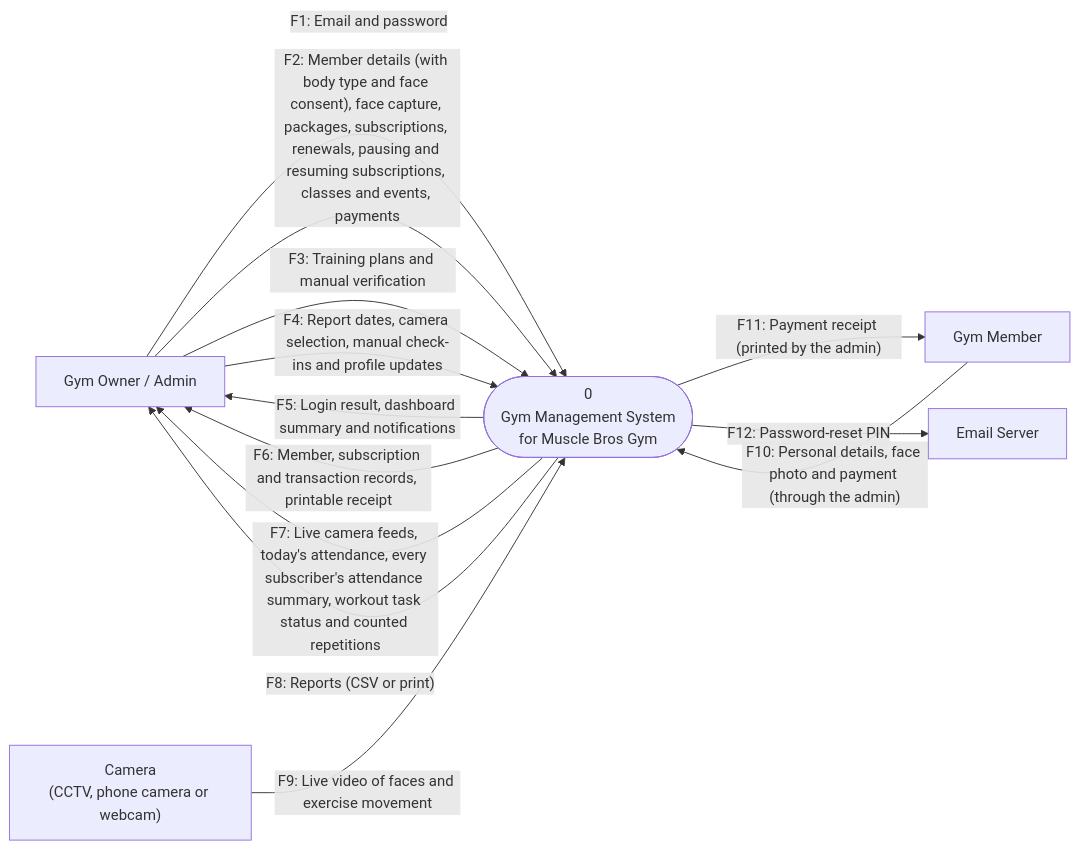
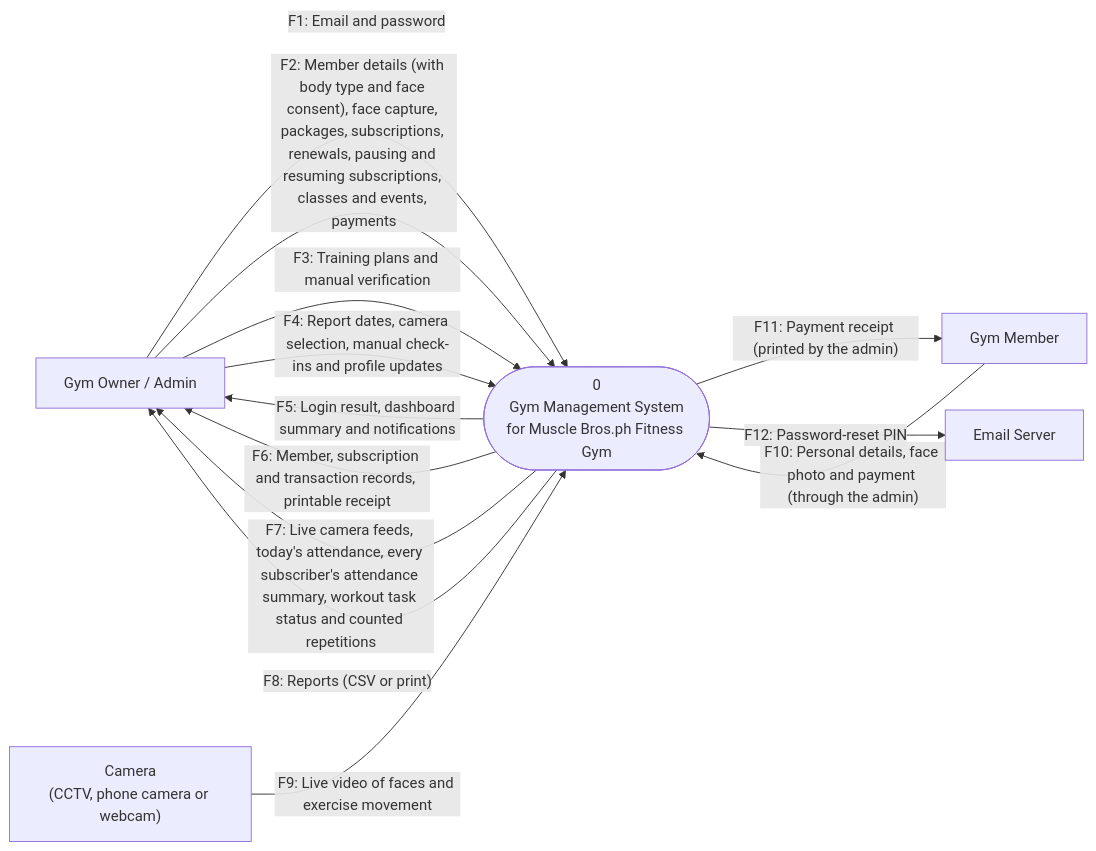
The diagram in Correct_Diagrams/2_Context_Level_Diagram.md (Plonteras191/GYM2-CAPSTONE), drawn with Mermaid before and after one commit. The commit also changed 73 other files, not shown here.

````diff
--- a/Correct_Diagrams/2_Context_Level_Diagram.md
+++ b/Correct_Diagrams/2_Context_Level_Diagram.md
@@ -9,23 +9,23 @@
 ```mermaid
 flowchart LR
     Admin["Gym Owner / Admin"]
     Camera["Camera<br/>(CCTV, phone camera or webcam)"]
     Member["Gym Member"]
     Mail["Email Server"]
-    System(["0<br/>Gym Management System<br/>for Muscle Bros Gym"])
+    System(["0<br/>Gym Management System<br/>for Muscle Bros.ph Fitness Gym"])
 
     Admin -->|"F1: Email and password"| System
     Admin -->|"F2: Member details (with body type and face consent), face capture, packages, subscriptions, renewals, pausing and resuming subscriptions, classes and events, payments"| System
     Admin -->|"F3: Training plans and manual verification"| System
     Admin -->|"F4: Report dates, camera selection, manual check-ins and profile updates"| System
 
     System -->|"F5: Login result, dashboard summary and notifications"| Admin
     System -->|"F6: Member, subscription and transaction records, printable receipt"| Admin
     System -->|"F7: Live camera feeds, today's attendance, every subscriber's attendance summary, workout task status and counted repetitions"| Admin
     System -->|"F8: Reports (CSV or print)"| Admin
 
     Camera -->|"F9: Live video of faces and exercise movement"| System
     Member -->|"F10: Personal details, face photo and payment (through the admin)"| System
     System -->|"F11: Payment receipt (printed by the admin)"| Member
     System -->|"F12: Password-reset PIN"| Mail
 ```
````
